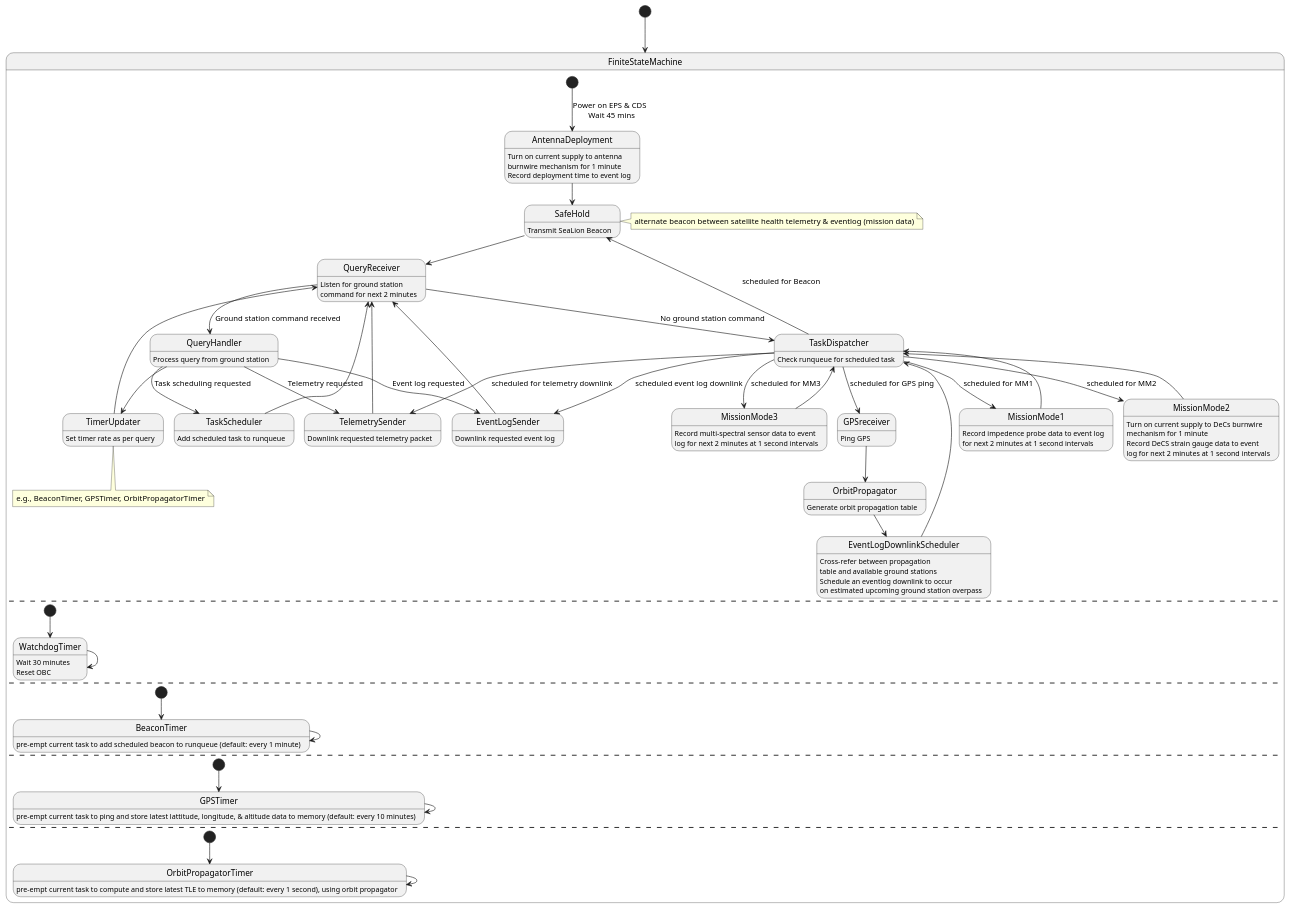
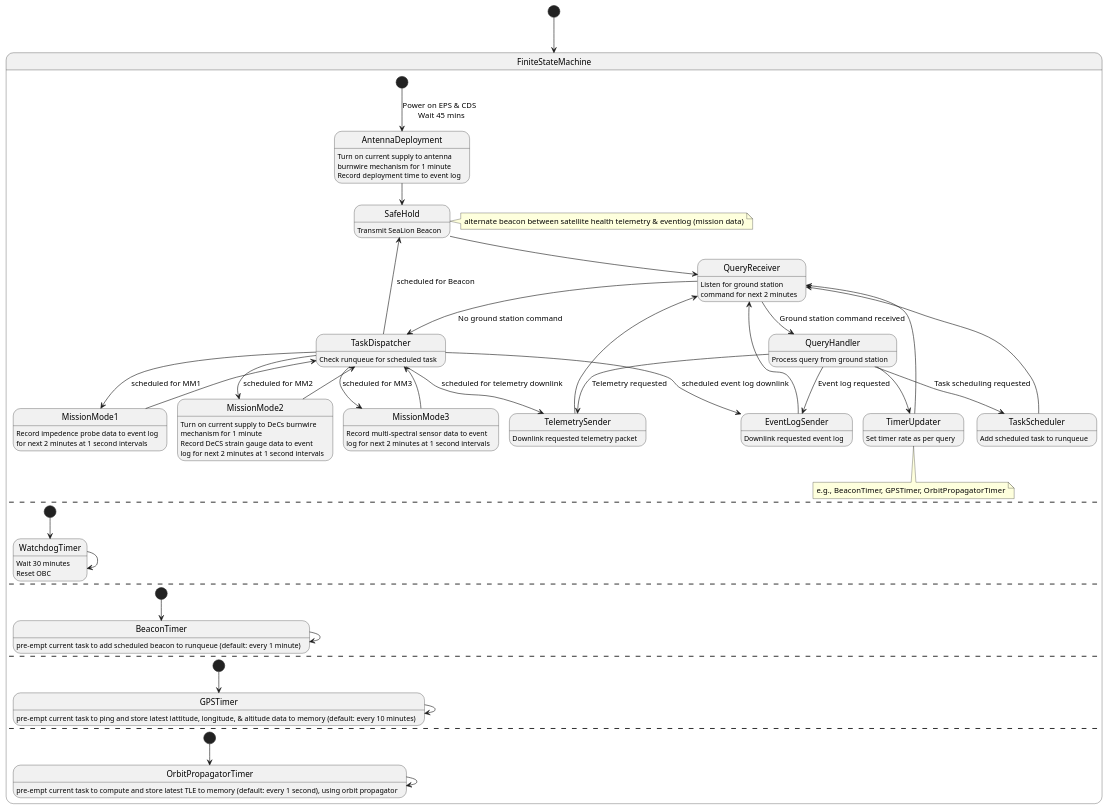
One commit to ODU-CGA-CubeSat/FSW changed the diagram in fsw-architecture/operating-mode-as-fsm.puml. Above: the diagram before and after it, drawn with PlantUML.

Commit message:
remove EventDownlinkScheduler
- remove EventDownlinkScheduler, since beacon will alternate between satellite health telemetry & eventlog (mission data)
- remove GPSreceiver & OrbitPropagator states, since they will be handled by interrupt timers

```diff
--- a/fsw-architecture/operating-mode-as-fsm.puml
+++ b/fsw-architecture/operating-mode-as-fsm.puml
@@ -1,97 +1,84 @@
 @startuml
 
 [*] --> FiniteStateMachine
 state FiniteStateMachine {
       state AntennaDeployment
             AntennaDeployment : Turn on current supply to antenna
             AntennaDeployment : burnwire mechanism for 1 minute
             AntennaDeployment : Record deployment time to event log
       state SafeHold
             SafeHold : Transmit SeaLion Beacon
       note right of SafeHold : alternate beacon between satellite health telemetry & eventlog (mission data)
       state QueryReceiver
             QueryReceiver : Listen for ground station
             QueryReceiver : command for next 2 minutes
       state TelemetrySender
             TelemetrySender : Downlink requested telemetry packet
       state EventLogSender
             EventLogSender : Downlink requested event log
       state TimerUpdater
       TimerUpdater : Set timer rate as per query
       note bottom of TimerUpdater : e.g., BeaconTimer, GPSTimer, OrbitPropagatorTimer
       state MissionMode1
             MissionMode1 : Record impedence probe data to event log
             MissionMode1 : for next 2 minutes at 1 second intervals
       state MissionMode2
             MissionMode2 : Turn on current supply to DeCs burnwire
             MissionMode2 : mechanism for 1 minute
             MissionMode2 : Record DeCS strain gauge data to event
             MissionMode2 : log for next 2 minutes at 1 second intervals
       state MissionMode3
             MissionMode3 : Record multi-spectral sensor data to event
             MissionMode3 : log for next 2 minutes at 1 second intervals
       state TaskDispatcher
             TaskDispatcher : Check runqueue for scheduled task
-      state OrbitPropagator
-            OrbitPropagator : Generate orbit propagation table
-      state EventLogDownlinkScheduler
-            EventLogDownlinkScheduler : Cross-refer between propagation
-            EventLogDownlinkScheduler : table and available ground stations
-            EventLogDownlinkScheduler : Schedule an eventlog downlink to occur
-            EventLogDownlinkScheduler : on estimated upcoming ground station overpass
-      state GPSreceiver
-            GPSreceiver : Ping GPS
       state QueryHandler
             QueryHandler : Process query from ground station
       state TaskScheduler
             TaskScheduler : Add scheduled task to runqueue
 
       [*] --> AntennaDeployment : Power on EPS & CDS \n Wait 45 mins
       AntennaDeployment --> SafeHold
       SafeHold --> QueryReceiver
       QueryReceiver --> QueryHandler : Ground station command received
       QueryHandler --> TelemetrySender : Telemetry requested
       QueryHandler --> EventLogSender : Event log requested
       QueryHandler --> TaskScheduler : Task scheduling requested
       QueryHandler --> TimerUpdater
       TimerUpdater --> QueryReceiver
       TelemetrySender --> QueryReceiver
       EventLogSender --> QueryReceiver
       TaskScheduler --> QueryReceiver
-      GPSreceiver --> OrbitPropagator
-      OrbitPropagator --> EventLogDownlinkScheduler
-      EventLogDownlinkScheduler --> TaskDispatcher
       QueryReceiver --> TaskDispatcher : No ground station command
       TaskDispatcher --> MissionMode1 : scheduled for MM1
       TaskDispatcher --> MissionMode2 : scheduled for MM2
       TaskDispatcher --> MissionMode3 : scheduled for MM3
       TaskDispatcher --> EventLogSender : scheduled event log downlink
       TaskDispatcher --> TelemetrySender : scheduled for telemetry downlink
-      TaskDispatcher --> GPSreceiver : scheduled for GPS ping
       TaskDispatcher --> SafeHold : scheduled for Beacon
       MissionMode1 --> TaskDispatcher
       MissionMode2 --> TaskDispatcher
       MissionMode3 --> TaskDispatcher
       --
       state WatchdogTimer
             WatchdogTimer : Wait 30 minutes
             WatchdogTimer : Reset OBC
       [*] --> WatchdogTimer
       WatchdogTimer --> WatchdogTimer
       --
       state BeaconTimer
             BeaconTimer : pre-empt current task to add scheduled beacon to runqueue (default: every 1 minute)
       [*] --> BeaconTimer
       BeaconTimer --> BeaconTimer
       --
       state GPSTimer
             GPSTimer : pre-empt current task to ping and store latest lattitude, longitude, & altitude data to memory (default: every 10 minutes)
       [*] --> GPSTimer
       GPSTimer --> GPSTimer
       --
       state OrbitPropagatorTimer
             OrbitPropagatorTimer : pre-empt current task to compute and store latest TLE to memory (default: every 1 second), using orbit propagator
       [*] --> OrbitPropagatorTimer
       OrbitPropagatorTimer --> OrbitPropagatorTimer
 }
 @enduml
```
